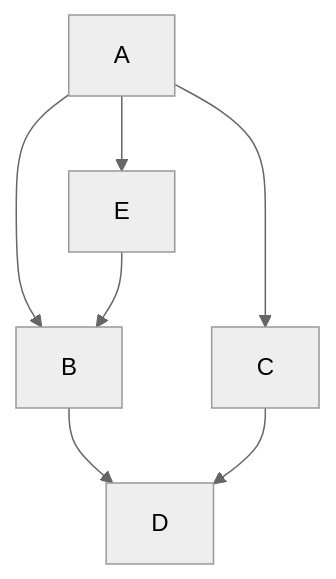
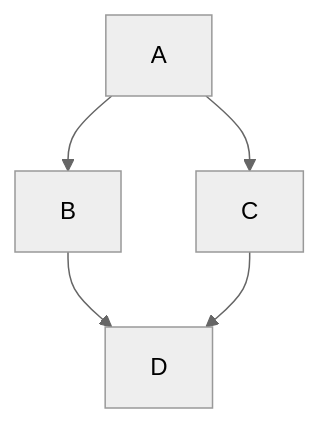
One commit to dvasiliu/Example changed the first of 2 diagrams in index.md. Above: the diagram before and after it, drawn with Mermaid (neutral theme). The commit also changed other lines of this file, not shown here.

````diff
--- a/index.md
+++ b/index.md
@@ -64,9 +89,7 @@
-```mermaid
-  graph TD;
-      A-->B;
-      A-->C;
-      A-->E;
-      E-->B;
-      B-->D;
-      C-->D;
-```
+<div class="mermaid">
+graph TD;
+    A[A]-->B[B];
+    A[A]-->C[C];
+    B[B]-->D[D];
+    C[C]-->D[D];
+</div>
````
